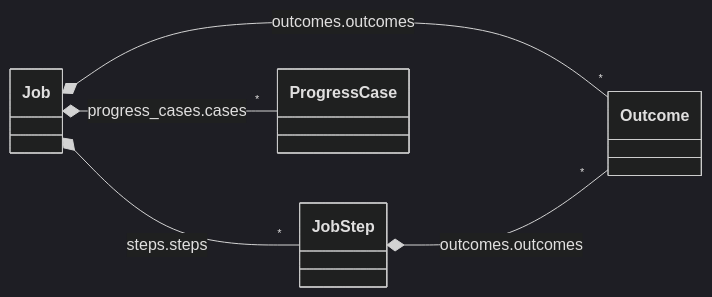
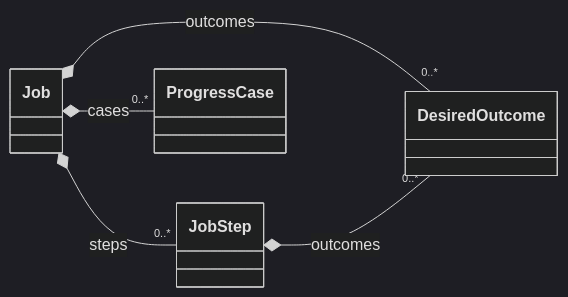
The third of 11 diagrams in docs/reference/model/core.md (craigsmitham/dotspec), drawn with Mermaid (dark theme) before and after one commit. The commit also changed other lines of this file and 110 other files, not shown here.

````diff
--- a/docs/reference/model/core.md
+++ b/docs/reference/model/core.md
@@ -56,12 +80,12 @@
 ```mermaid
 classDiagram
     direction LR
     class Job
     class JobStep
-    class Outcome
+    class DesiredOutcome
     class ProgressCase
-    Job *-- "*" JobStep : steps.steps
-    Job *-- "*" Outcome : outcomes.outcomes
-    Job *-- "*" ProgressCase : progress_cases.cases
-    JobStep *-- "*" Outcome : outcomes.outcomes
+    Job *-- "0..*" JobStep : steps
+    Job *-- "0..*" DesiredOutcome : outcomes
+    Job *-- "0..*" ProgressCase : cases
+    JobStep *-- "0..*" DesiredOutcome : outcomes
 ```
````
